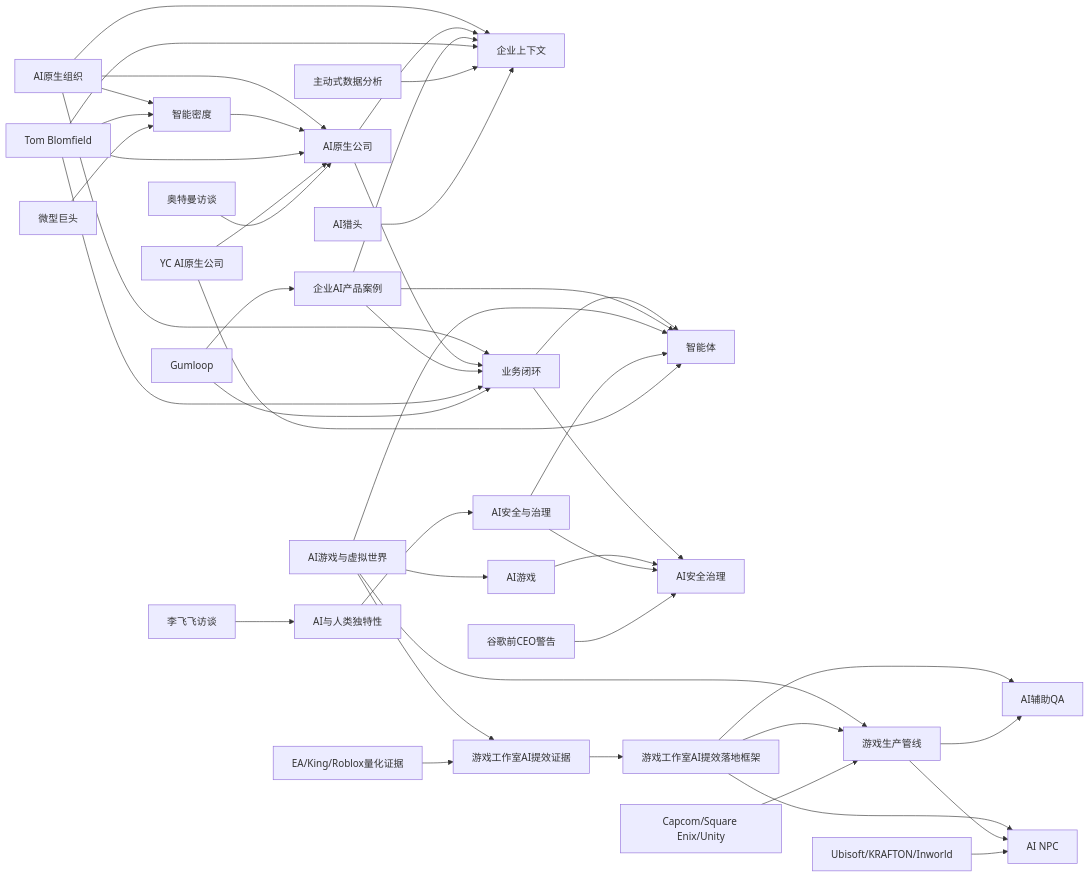
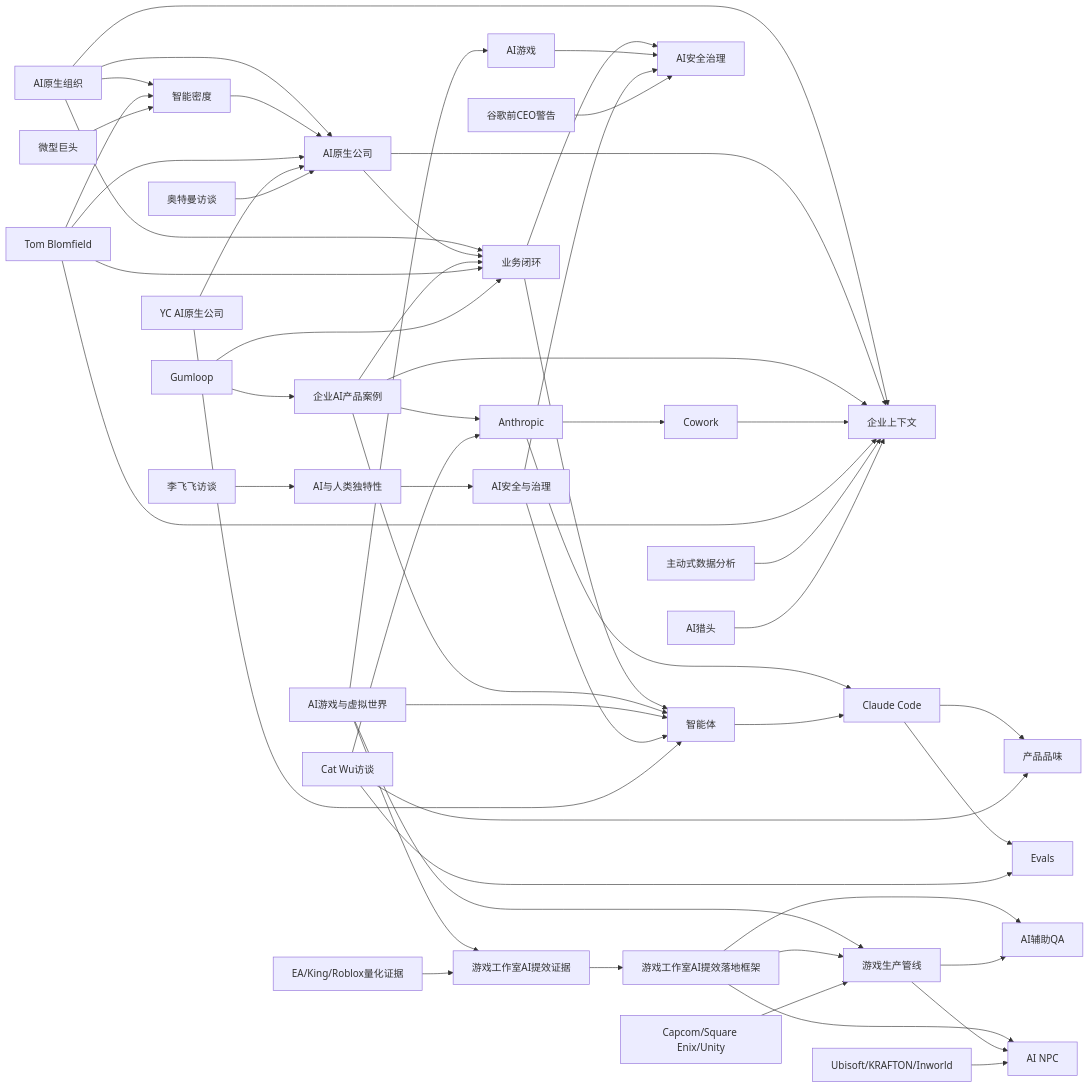
One commit to lyingbird/knowledge-base changed the diagram in wiki/knowledge-graph.md. Above: the diagram before and after it, drawn with Mermaid. The commit also changed other lines of this file and 20 other files, not shown here.

Commit message:
Ingest Anthropic product taste interview

````diff
--- a/wiki/knowledge-graph.md
+++ b/wiki/knowledge-graph.md
@@ -5,50 +5,60 @@
 ```mermaid
 graph LR
   AIOrg[AI原生组织] --> AINative[AI原生公司]
   AIOrg --> Context[企业上下文]
   AIOrg --> Loop[业务闭环]
   AIOrg --> Density[智能密度]
   AINative --> Context
   AINative --> Loop
   Loop --> Agent[智能体]
   Loop --> Governance[AI安全治理]
   Density --> AINative
 
   Enterprise[企业AI产品案例] --> Agent
   Enterprise --> Loop
   Enterprise --> Context
+  Enterprise --> Anthropic[Anthropic]
+  Anthropic --> ClaudeCode[Claude Code]
+  Anthropic --> Cowork[Cowork]
+  ClaudeCode --> Taste[产品品味]
+  ClaudeCode --> Evals[Evals]
+  Cowork --> Context
+  Agent --> ClaudeCode
 
   GameTopic[AI游戏与虚拟世界] --> AIGame[AI游戏]
   GameTopic --> Agent
   GameTopic --> GamePipeline[游戏生产管线]
   GameTopic --> GameIntel[游戏工作室AI提效证据]
   GameIntel --> GameFramework[游戏工作室AI提效落地框架]
   GameFramework --> GameQA[AI辅助QA]
   GameFramework --> AINPC[AI NPC]
   GameFramework --> GamePipeline
   AIGame --> Governance
   GamePipeline --> GameQA
   GamePipeline --> AINPC
 
   Safety[AI安全与治理] --> Governance
   Safety --> Agent
   Human[AI与人类独特性] --> Safety
 
   Tom[Tom Blomfield] --> AINative
   Tom --> Context
   Tom --> Loop
   Tom --> Density
   YC[YC AI原生公司] --> AINative
   YC --> Agent
   Micro[微型巨头] --> Density
   Gumloop[Gumloop] --> Enterprise
   Gumloop --> Loop
   Data[主动式数据分析] --> Context
   Headhunt[AI猎头] --> Context
   Altman[奥特曼访谈] --> AINative
   Schmidt[谷歌前CEO警告] --> Governance
   LiFeifei[李飞飞访谈] --> Human
   EA[EA/King/Roblox量化证据] --> GameIntel
   Ubisoft[Ubisoft/KRAFTON/Inworld] --> AINPC
   Capcom[Capcom/Square Enix/Unity] --> GamePipeline
+  CatWu[Cat Wu访谈] --> Anthropic
+  CatWu --> Taste
+  CatWu --> Evals
 ```
````
